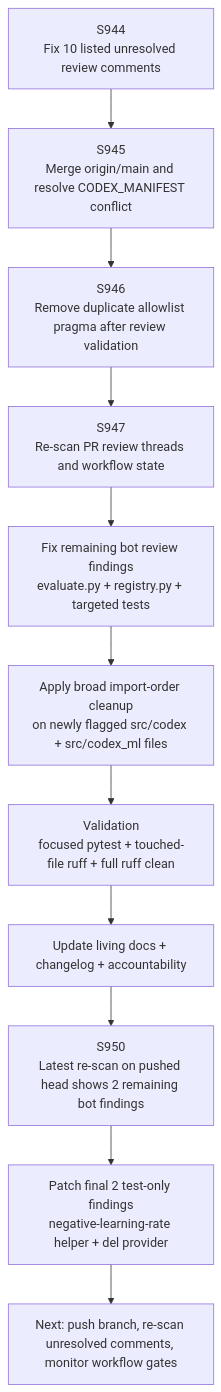
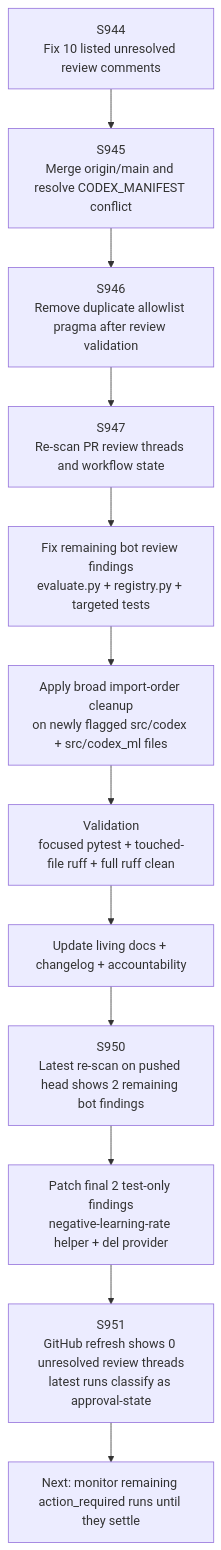
Before and after one commit to Aries-Serpent/_codex_: the first of 2 diagrams in docs/sessions/PR4395_session_diagram.md, drawn with Mermaid. The commit also changed other lines of this file and 3 other files, not shown here.

First line of the commit message:
docs(pr4395): refresh latest review and workflow state

````diff
--- a/docs/sessions/PR4395_session_diagram.md
+++ b/docs/sessions/PR4395_session_diagram.md
@@ -3,14 +3,15 @@
 ```mermaid
 graph TD
   A[S944<br/>Fix 10 listed unresolved review comments] --> B
   B[S945<br/>Merge origin/main and resolve CODEX_MANIFEST conflict] --> C
   C[S946<br/>Remove duplicate allowlist pragma after review validation] --> D
   D[S947<br/>Re-scan PR review threads and workflow state] --> E
   E[Fix remaining bot review findings<br/>evaluate.py + registry.py + targeted tests] --> F
   F[Apply broad import-order cleanup<br/>on newly flagged src/codex + src/codex_ml files] --> G
   G[Validation<br/>focused pytest + touched-file ruff + full ruff clean] --> H
   H[Update living docs + changelog + accountability] --> I
   I[S950<br/>Latest re-scan on pushed head shows 2 remaining bot findings] --> J
   J[Patch final 2 test-only findings<br/>negative-learning-rate helper + del provider] --> K
-  K[Next: push branch, re-scan unresolved comments, monitor workflow gates]
+  K[S951<br/>GitHub refresh shows 0 unresolved review threads<br/>latest runs classify as approval-state] --> L
+  L[Next: monitor remaining action_required runs until they settle]
 ```
````
